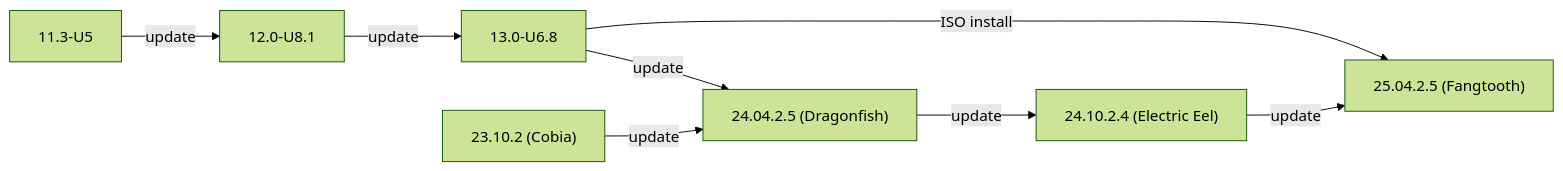
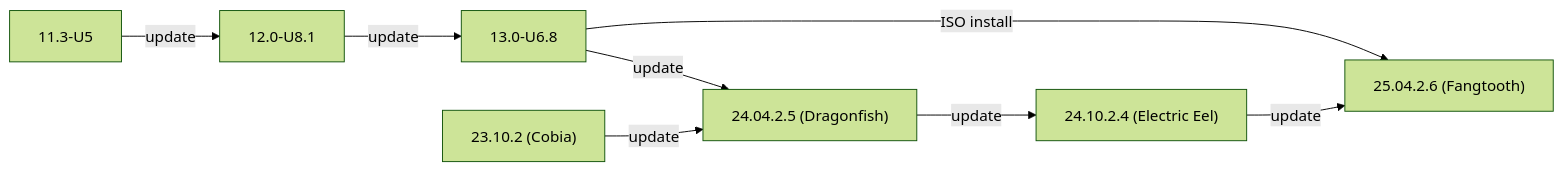
One commit to truenas/documentation changed the second of 2 diagrams in static/includes/SCALEUpgradePaths.md. Above: the diagram before and after it, drawn with Mermaid (forest theme). The commit also changed other lines of this file and 3 other files, not shown here.

```diff
--- a/static/includes/SCALEUpgradePaths.md
+++ b/static/includes/SCALEUpgradePaths.md
@@ -87,11 +87,11 @@
           {{< mermaid class="mermaid_sizing" >}}
           flowchart LR
             A["11.3-U5"] -->|update| B
             B["12.0-U8.1"] -->|update| C
             C["13.0-U6.8"] -->|ISO install| G
             C -->|update| E
             D["23.10.2 (Cobia)"] -->|update| E
             E["24.04.2.5 (Dragonfish)"]  -->|update| F
             F["24.10.2.4 (Electric Eel)"] -->|update| G
-            G["25.04.2.5 (Fangtooth)"]
+            G["25.04.2.6 (Fangtooth)"]
           {{< /mermaid >}}
```
